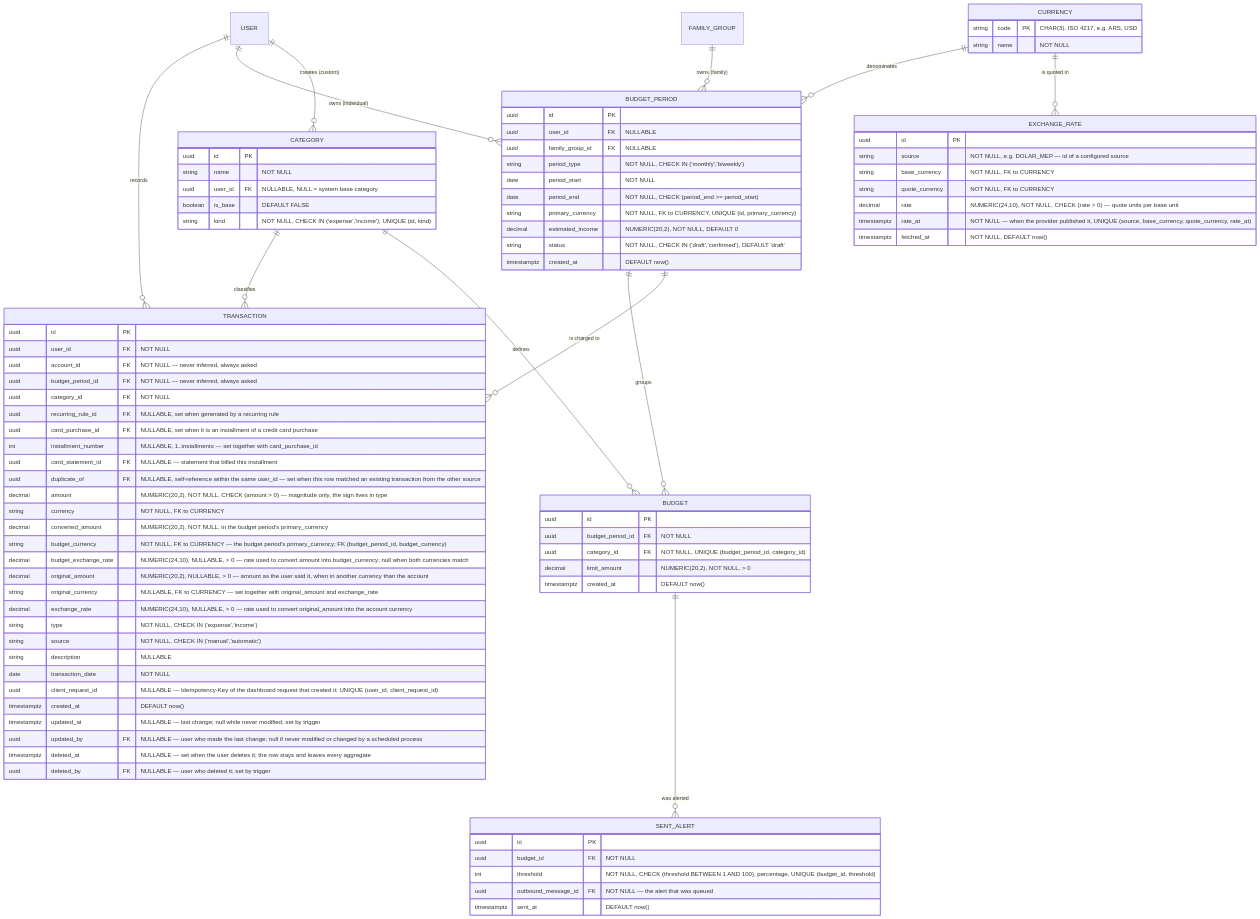
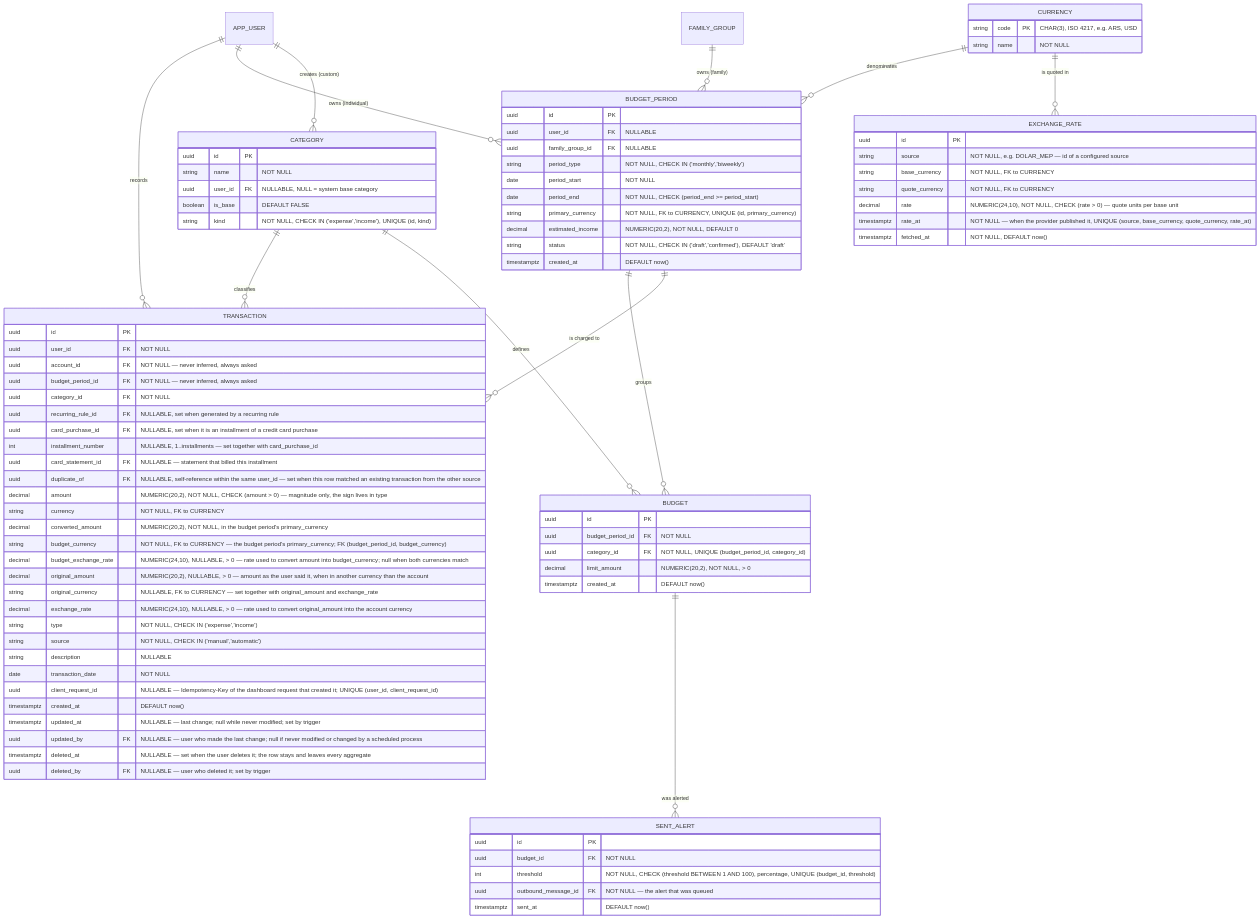
The third of 5 diagrams in docs/03-modelo-de-datos.md (verozacarias-prog/AI4Devs-finalproject), drawn with Mermaid before and after one commit. The commit also changed other lines of this file and 2 other files, not shown here.

First line of the commit message:
docs: la tabla de usuarios figura como APP_USER en el modelo de datos

````diff
--- a/docs/03-modelo-de-datos.md
+++ b/docs/03-modelo-de-datos.md
@@ -172,13 +172,13 @@
 ```mermaid
 erDiagram
-    USER ||--o{ TRANSACTION : records
-    USER ||--o{ BUDGET_PERIOD : "owns (individual)"
+    APP_USER ||--o{ TRANSACTION : records
+    APP_USER ||--o{ BUDGET_PERIOD : "owns (individual)"
     FAMILY_GROUP ||--o{ BUDGET_PERIOD : "owns (family)"
     BUDGET_PERIOD ||--o{ BUDGET : groups
     BUDGET_PERIOD ||--o{ TRANSACTION : "is charged to"
     CATEGORY ||--o{ TRANSACTION : classifies
     CATEGORY ||--o{ BUDGET : defines
-    USER ||--o{ CATEGORY : "creates (custom)"
+    APP_USER ||--o{ CATEGORY : "creates (custom)"
     BUDGET ||--o{ SENT_ALERT : "was alerted"
     CURRENCY ||--o{ BUDGET_PERIOD : "denominates"
     CURRENCY ||--o{ EXCHANGE_RATE : "is quoted in"
````
